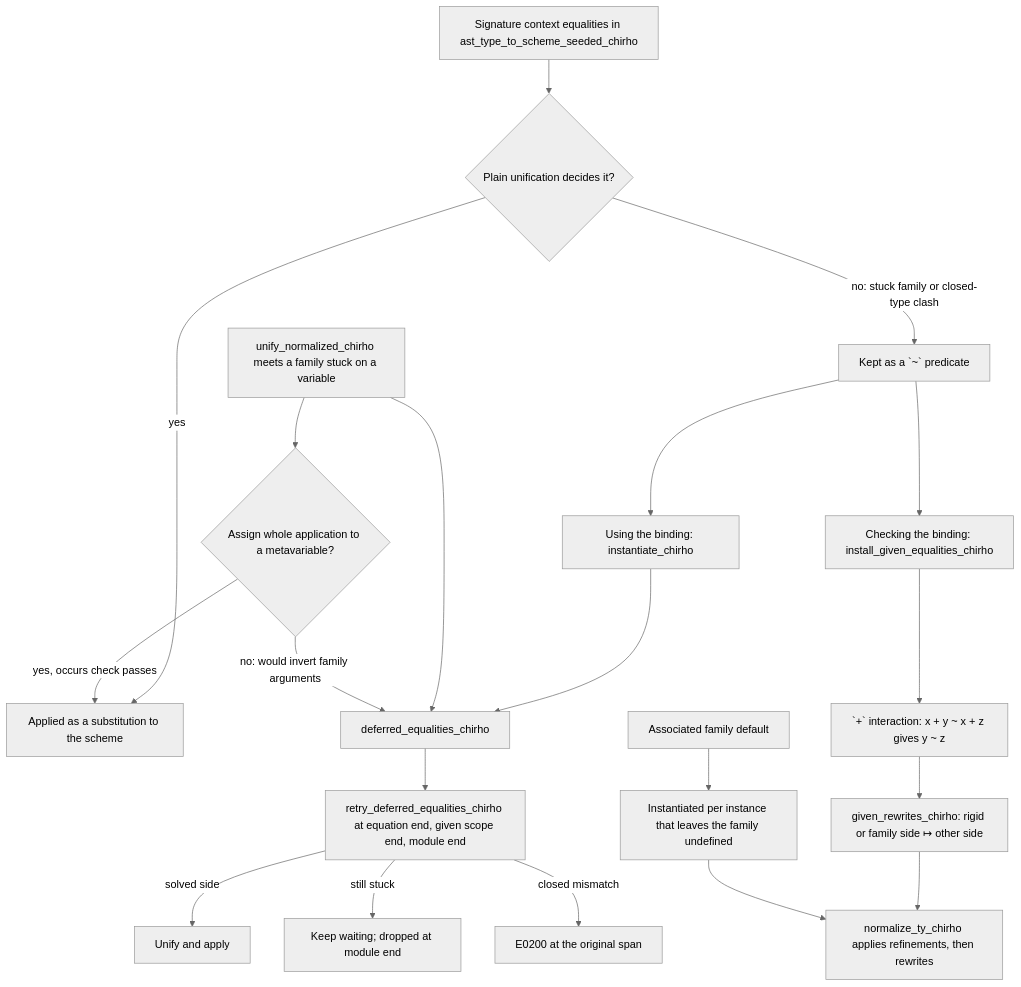
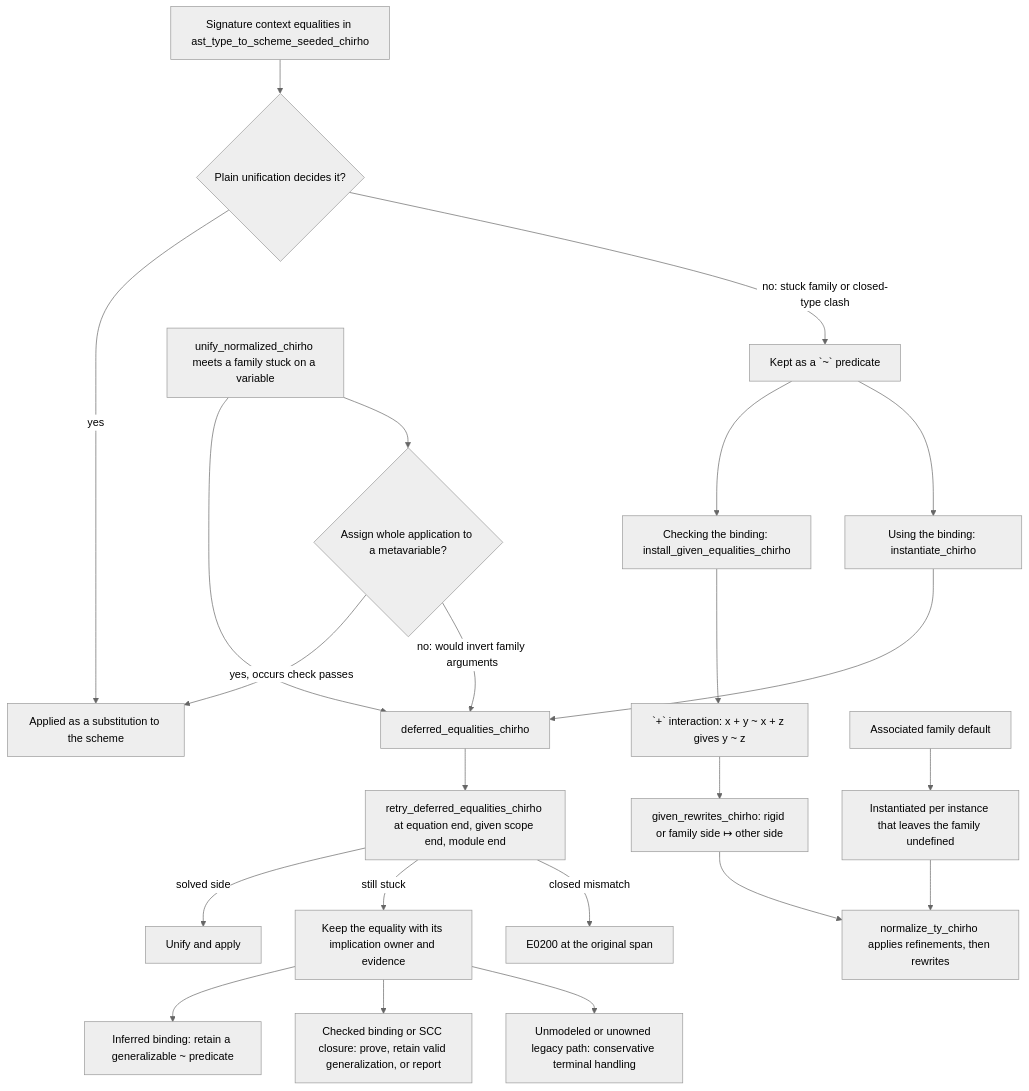
One commit to loveJesus/haskelujah-chirho changed the first of 4 diagrams in spec-chirho/workflows-chirho/language-features-chirho/stuck-family-equalities-chirho.md. Above: the diagram before and after it, drawn with Mermaid (neutral theme). The commit also changed other lines of this file and 20 other files, not shown here.

Commit message:
feat(typing): retain equality obligations within their evidence scopes (held R5)

````diff
--- a/spec-chirho/workflows-chirho/language-features-chirho/stuck-family-equalities-chirho.md
+++ b/spec-chirho/workflows-chirho/language-features-chirho/stuck-family-equalities-chirho.md
@@ -11,23 +11,26 @@
 ```mermaid
 flowchart TD
     sig_chirho[Signature context equalities in ast_type_to_scheme_seeded_chirho]
     sig_chirho --> decide_chirho{Plain unification decides it?}
     decide_chirho -->|yes| subst_chirho[Applied as a substitution to the scheme]
     decide_chirho -->|no: stuck family or closed-type clash| pred_chirho[Kept as a `~` predicate]
     pred_chirho --> check_chirho[Checking the binding: install_given_equalities_chirho]
     check_chirho --> plus_chirho[`+` interaction: x + y ~ x + z gives y ~ z]
     plus_chirho --> rules_chirho[given_rewrites_chirho: rigid or family side ↦ other side]
     rules_chirho --> normalize_chirho[normalize_ty_chirho applies refinements, then rewrites]
     pred_chirho --> use_chirho[Using the binding: instantiate_chirho]
     use_chirho --> wanted_chirho[deferred_equalities_chirho]
     unify_chirho[unify_normalized_chirho meets a family stuck on a variable] --> wanted_chirho
     unify_chirho --> assign_chirho{Assign whole application to a metavariable?}
     assign_chirho -->|yes, occurs check passes| subst_chirho
     assign_chirho -->|no: would invert family arguments| wanted_chirho
     wanted_chirho --> retry_chirho[retry_deferred_equalities_chirho at equation end, given scope end, module end]
     retry_chirho -->|solved side| unify2_chirho[Unify and apply]
-    retry_chirho -->|still stuck| wait_chirho[Keep waiting; dropped at module end]
+    retry_chirho -->|still stuck| owner_chirho[Keep the equality with its implication owner and evidence]
+    owner_chirho --> inferred_chirho[Inferred binding: retain a generalizable ~ predicate]
+    owner_chirho --> checked_chirho[Checked binding or SCC closure: prove, retain valid generalization, or report]
+    owner_chirho --> legacy_chirho[Unmodeled or unowned legacy path: conservative terminal handling]
     retry_chirho -->|closed mismatch| report_chirho[E0200 at the original span]
     assoc_chirho[Associated family default] --> instance_chirho[Instantiated per instance that leaves the family undefined]
     instance_chirho --> normalize_chirho
 ```
````
